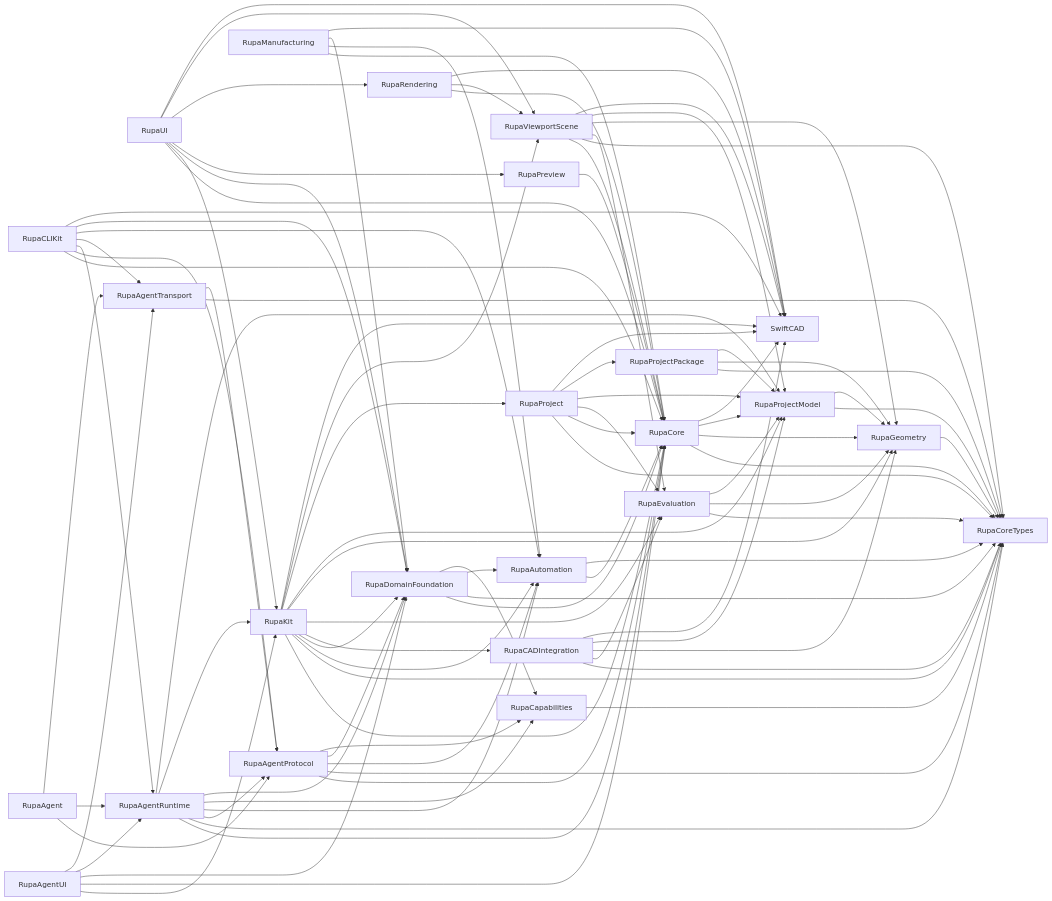
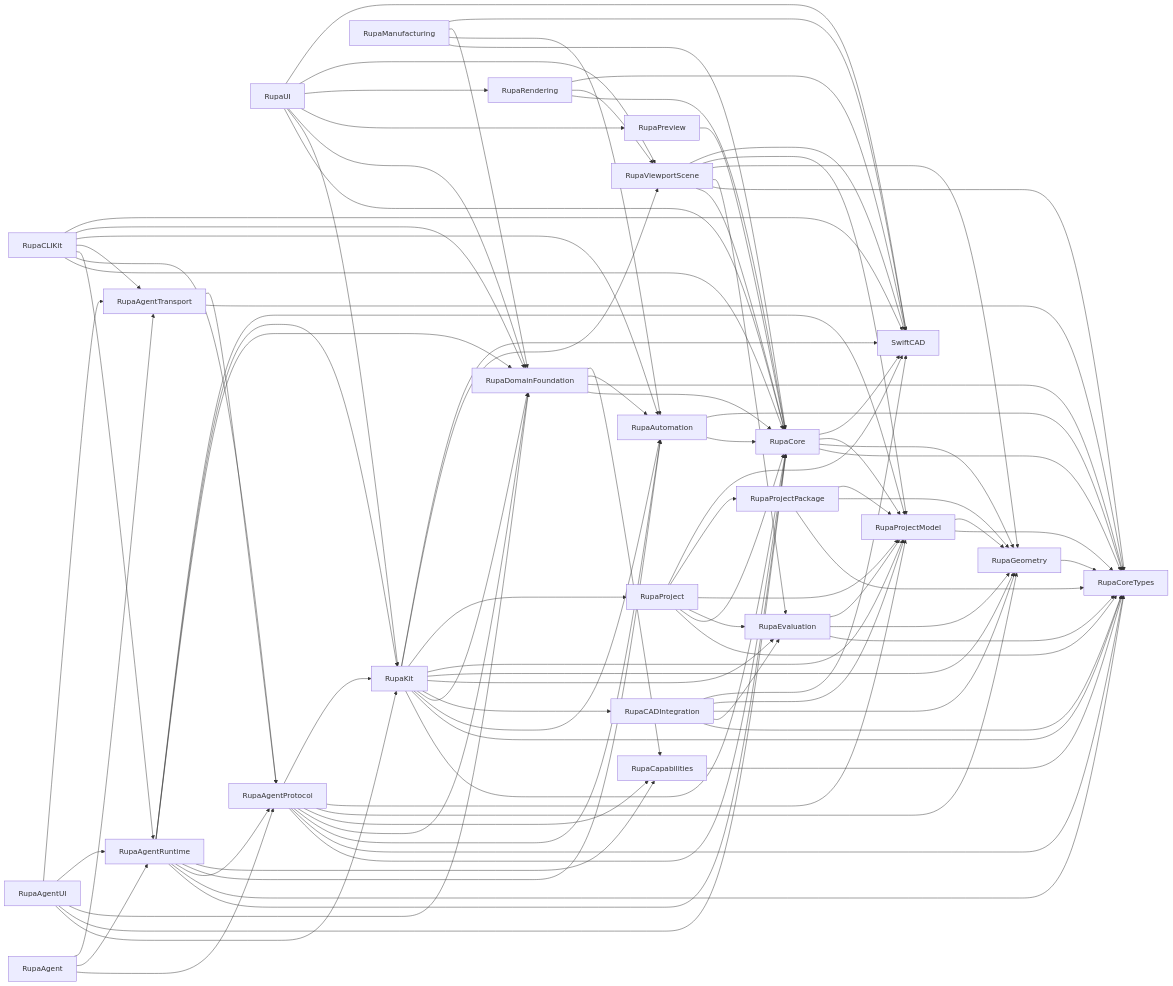
One commit to 1amageek/Rupa changed the first of 3 diagrams in RupaKit/ARCHITECTURE.md. Above: the diagram before and after it, drawn with Mermaid. The commit also changed 4 other files, not shown here.

Commit message:
Verify Agent project geometry integration

```diff
--- a/RupaKit/ARCHITECTURE.md
+++ b/RupaKit/ARCHITECTURE.md
@@ -82,6 +82,9 @@
     AgentProtocol --> Automation
     AgentProtocol --> Domain
     AgentProtocol --> Capabilities
+    AgentProtocol --> Geometry
+    AgentProtocol --> ProjectModel
+    AgentProtocol --> Kit
     AgentRuntime[RupaAgentRuntime] --> Core
     AgentRuntime --> CoreTypes
     AgentRuntime --> AgentProtocol
```
